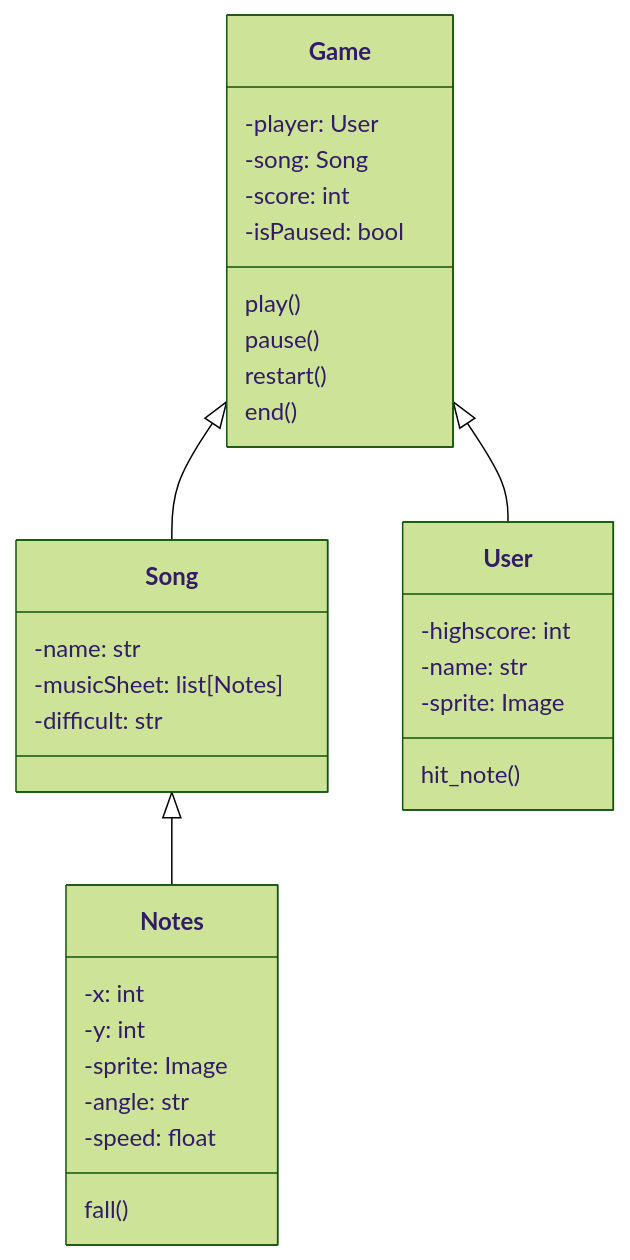
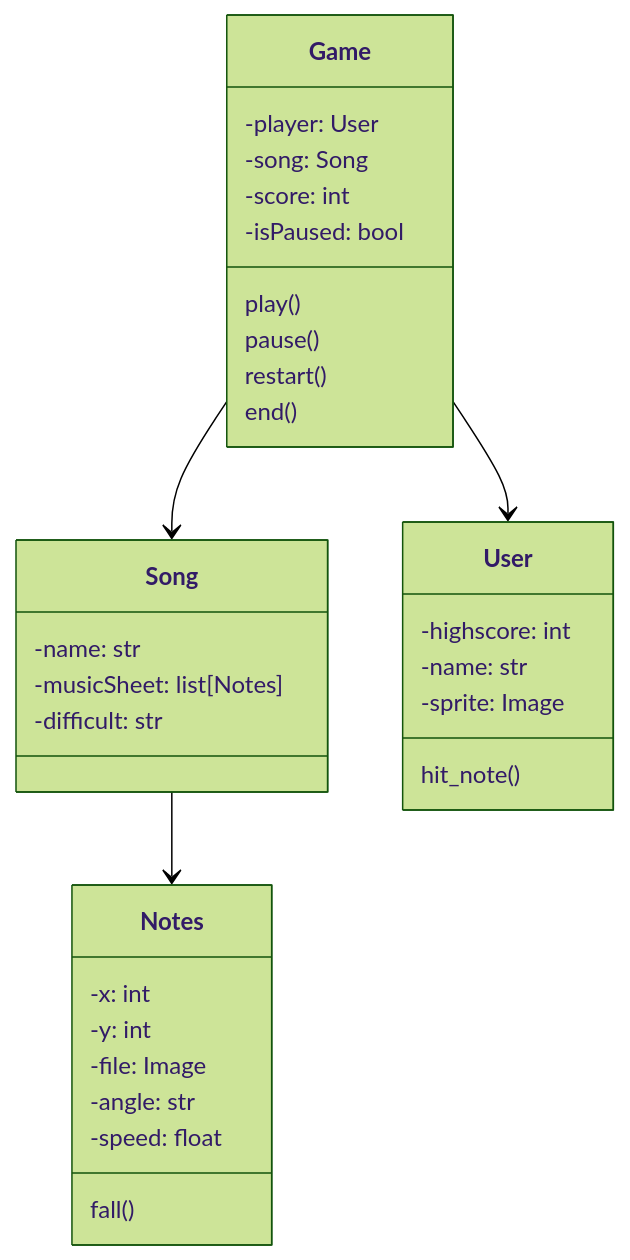
The diagram in README.md (ArturMota19/GuitarHeroDoForro), drawn with Mermaid (forest theme) before and after one commit.

Commit message:
Alteração nas setas de herança para composição

````diff
--- a/README.md
+++ b/README.md
@@ -9,39 +9,39 @@
 ```mermaid
 classDiagram
       
-      Game <|-- Song
-      Song <|-- Notes
-      Game <|-- User
+      Game --> Song
+      Song --> Notes
+      Game --> User
 
       
       class Game{
         -player: User
         -song: Song
         -score: int
         -isPaused: bool
         play()
         pause()
         restart()
         end()
       }
       class User{
         -highscore: int
         -name: str
         -sprite: Image
         hit_note()
       }
       class Notes{
         -x: int
         -y: int
-        -sprite: Image
+        -file: Image
         -angle: str
         -speed: float
 
         fall()
       }
       class Song{
         -name: str
         -musicSheet: list[Notes]
         -difficult: str
       }
 ```
````
